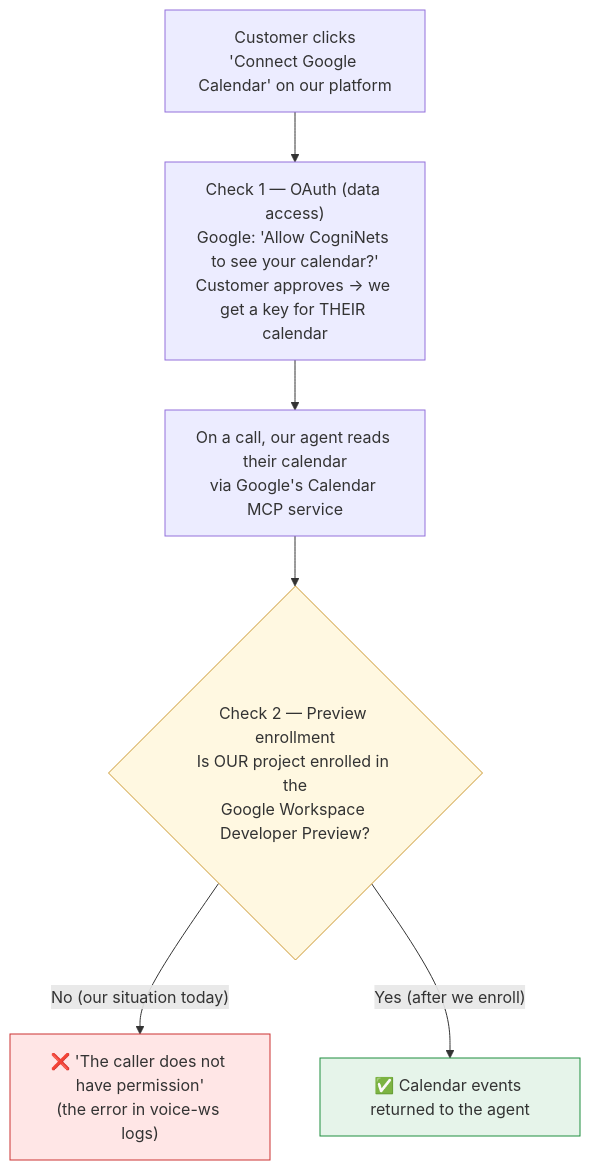
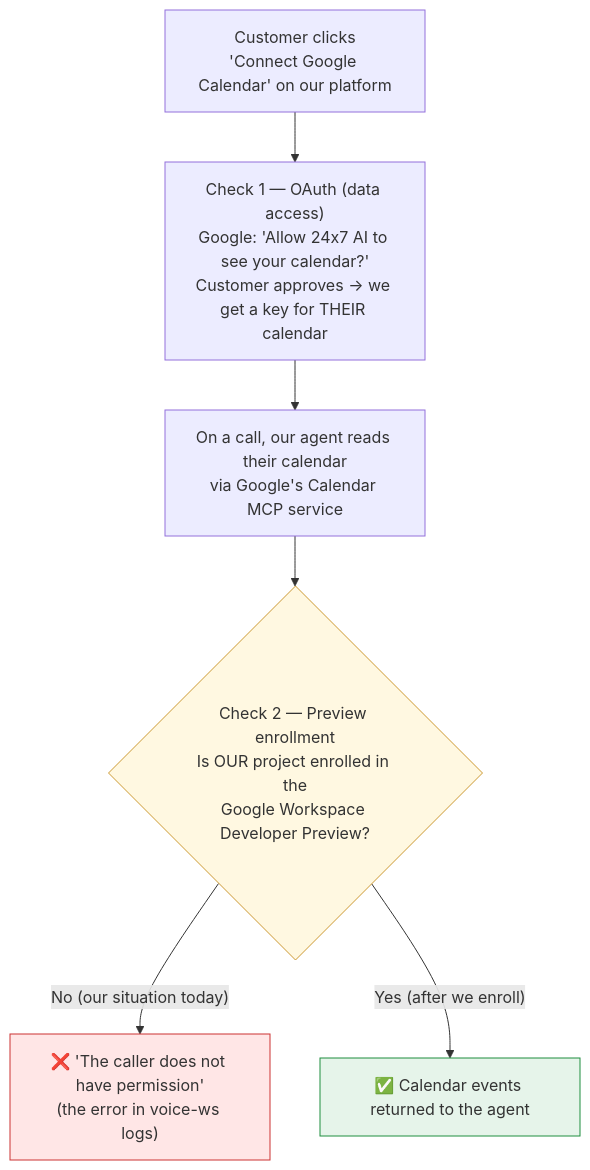
One commit to gauravdhiman/a1-voice-agent-platform changed the second of 3 diagrams in docs/03_implementation/mcp_connector_access_model.md. Above: the diagram before and after it, drawn with Mermaid. The commit also changed other lines of this file and 34 other files, not shown here.

````diff
--- a/docs/03_implementation/mcp_connector_access_model.md
+++ b/docs/03_implementation/mcp_connector_access_model.md
@@ -88,11 +88,11 @@
 ```mermaid
 flowchart TD
-    A["Customer clicks<br/>'Connect Google Calendar' on our platform"] --> B["Check 1 — OAuth (data access)<br/>Google: 'Allow CogniNets to see your calendar?'<br/>Customer approves → we get a key for THEIR calendar"]
+    A["Customer clicks<br/>'Connect Google Calendar' on our platform"] --> B["Check 1 — OAuth (data access)<br/>Google: 'Allow 24x7 AI to see your calendar?'<br/>Customer approves → we get a key for THEIR calendar"]
     B --> C["On a call, our agent reads their calendar<br/>via Google's Calendar MCP service"]
     C --> D{"Check 2 — Preview enrollment<br/>Is OUR project enrolled in the<br/>Google Workspace Developer Preview?"}
     D -->|"No (our situation today)"| X["❌ 'The caller does not have permission'<br/>(the error in voice-ws logs)"]
     D -->|"Yes (after we enroll)"| Y["✅ Calendar events returned to the agent"]
     style X fill:#ffe6e6,stroke:#c33
     style Y fill:#e6f4ea,stroke:#1e8e3e
     style D fill:#fff8e1,stroke:#c93
 ```
````
